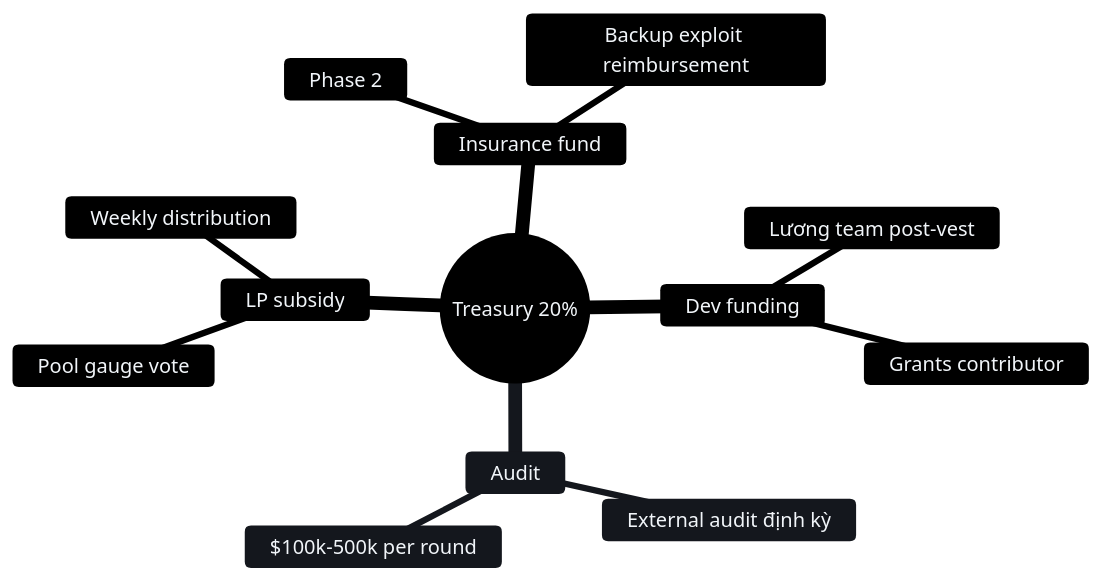
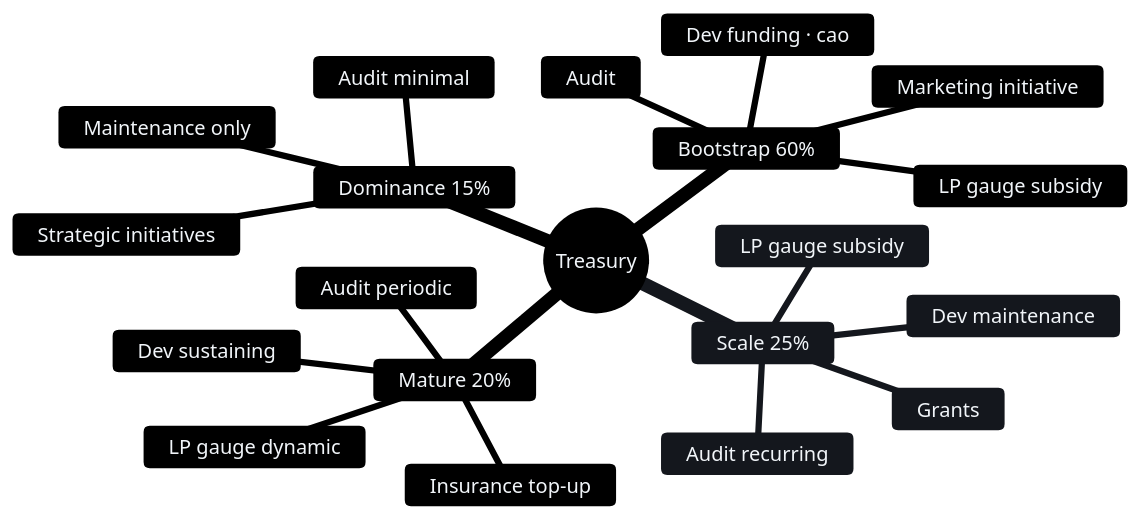
The fifth of 5 diagrams in vi_v6/kinh-te/buyback-burn.md (PrediX-Protocol/predix-docs), drawn with Mermaid before and after one commit. The commit also changed other lines of this file and 11 other files, not shown here.

````diff
--- a/vi_v6/kinh-te/buyback-burn.md
+++ b/vi_v6/kinh-te/buyback-burn.md
@@ -106,17 +191,24 @@
 ```mermaid
 %%{init: {"theme":"base","themeVariables":{"primaryColor":"#1e293b","primaryTextColor":"#f1f5f9","primaryBorderColor":"#475569","lineColor":"#94a3b8","background":"transparent","mainBkg":"#334155","tertiaryColor":"#475569"}}}%%
 mindmap
-  root((Treasury 20%))
-    Dev funding
-      Lương team post-vest
-      Grants contributor
-    Audit
-      External audit định kỳ
-      $100k-500k per round
-    LP subsidy
-      Pool gauge vote
-      Weekly distribution
-    Insurance fund
-      Phase 2
-      Backup exploit reimbursement
+  root((Treasury))
+    Bootstrap 60%
+      Dev funding · cao
+      Audit
+      LP gauge subsidy
+      Marketing initiative
+    Scale 25%
+      Dev maintenance
+      Audit recurring
+      LP gauge subsidy
+      Grants
+    Mature 20%
+      Dev sustaining
+      Audit periodic
+      LP gauge dynamic
+      Insurance top-up
+    Dominance 15%
+      Maintenance only
+      Audit minimal
+      Strategic initiatives
 ```
````
